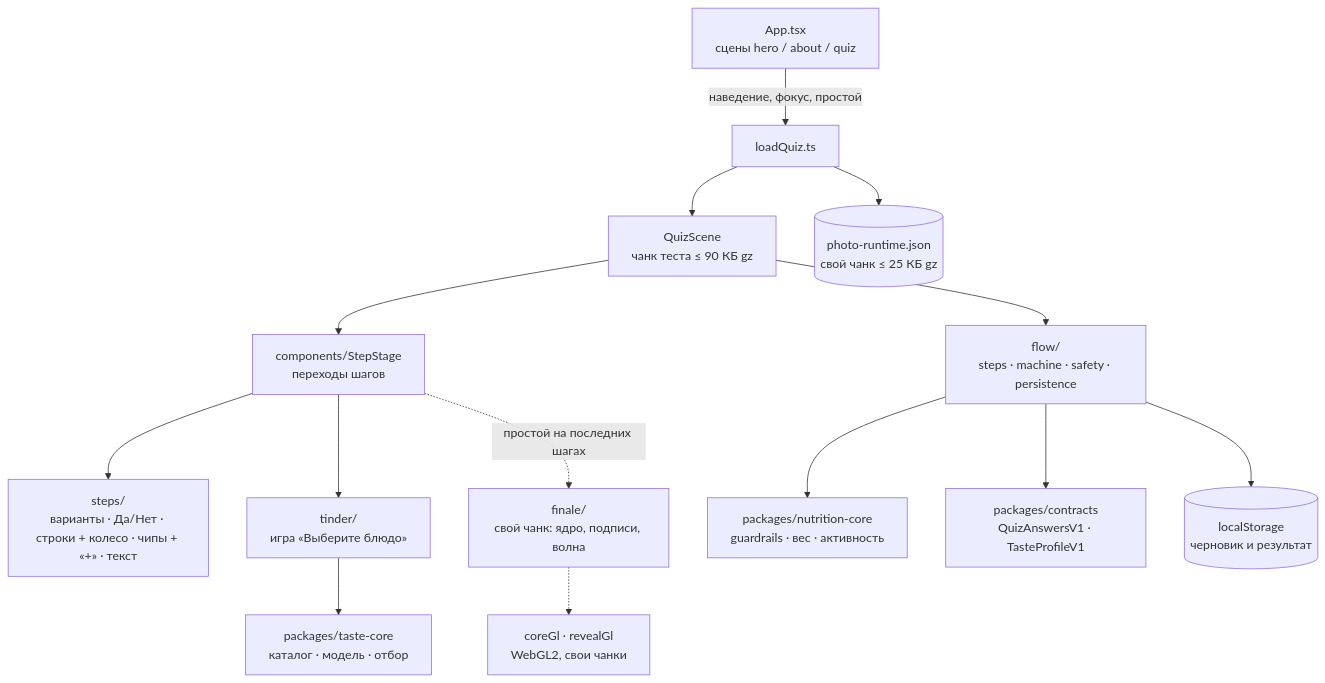
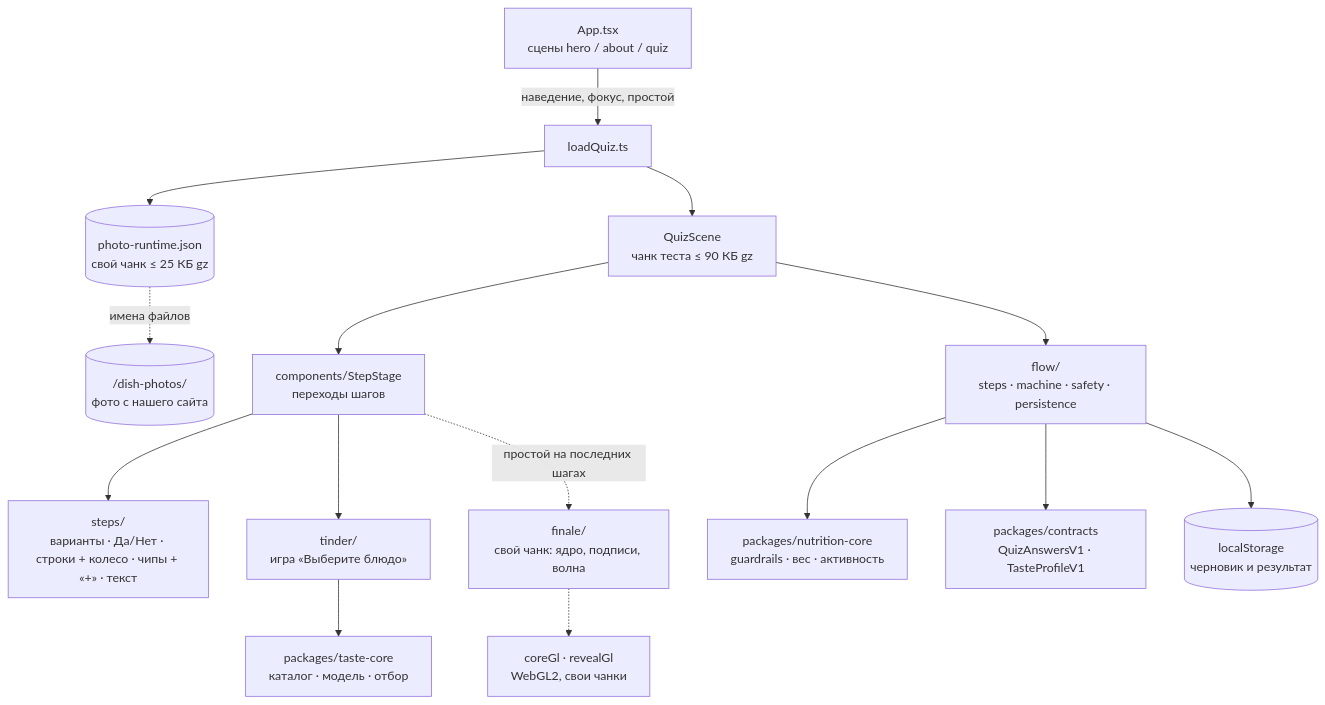
Before and after one commit to myxastar2010-cloud/Refectorio-project: the fourth of 6 diagrams in docs/architecture.md, drawn with Mermaid. The commit also changed other lines of this file and 26 other files, not shown here.

First line of the commit message:
feat(photos): serve the dish photos from our own origin, without a credit line in the game

````diff
--- a/docs/architecture.md
+++ b/docs/architecture.md
@@ -99,16 +99,17 @@
 ```mermaid
 flowchart TB
   app[App.tsx<br/>сцены hero / about / quiz] -- "наведение, фокус, простой" --> load[loadQuiz.ts]
   load --> scene[QuizScene<br/>чанк теста ≤ 90 КБ gz]
   load --> photos[(photo-runtime.json<br/>свой чанк ≤ 25 КБ gz)]
+  photos -. "имена файлов" .-> files[(/dish-photos/<br/>фото с нашего сайта)]
   scene --> flow[flow/<br/>steps · machine · safety · persistence]
   scene --> stage[components/StepStage<br/>переходы шагов]
   stage --> steps[steps/<br/>варианты · Да/Нет · строки + колесо · чипы + «+» · текст]
   stage --> game[tinder/<br/>игра «Выберите блюдо»]
   stage -. "простой на последних шагах" .-> finale[finale/<br/>свой чанк: ядро, подписи, волна]
   finale -.-> gl[coreGl · revealGl<br/>WebGL2, свои чанки]
   game --> taste[packages/taste-core<br/>каталог · модель · отбор]
   flow --> core[packages/nutrition-core<br/>guardrails · вес · активность]
   flow --> contracts[packages/contracts<br/>QuizAnswersV1 · TasteProfileV1]
   flow --> ls[(localStorage<br/>черновик и результат)]
 ```
````
